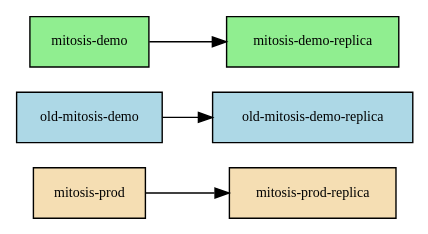
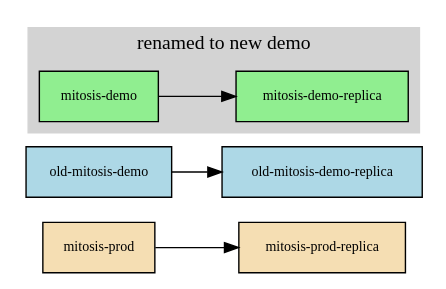
The sixth of 7 diagrams in doc/examples.org (dgtized/stack-mitosis), drawn with Graphviz before and after one commit. The commit also changed other lines of this file and 4 other files, not shown here.

```diff
--- a/doc/examples.org
+++ b/doc/examples.org
@@ -86,14 +101,19 @@
    #+begin_src dot :file img/rename-2.png
    digraph copying {
        rankdir=LR; node [shape=box,fontsize=10]
        "mitosis-prod" [style=filled,fillcolor=wheat]
        "mitosis-prod-replica" [style=filled,fillcolor=wheat]
        "old-mitosis-demo" [style=filled,fillcolor=lightblue]
        "old-mitosis-demo-replica" [style=filled,fillcolor=lightblue]
-       "mitosis-demo" [style=filled,fillcolor=lightgreen]
-       "mitosis-demo-replica" [style=filled,fillcolor=lightgreen]
+       subgraph cluster {
+         style=filled
+         color=lightgrey
+         label="renamed to new demo"
+         "mitosis-demo" [style=filled,fillcolor=lightgreen]
+         "mitosis-demo-replica" [style=filled,fillcolor=lightgreen]
+       }
        "mitosis-prod" -> "mitosis-prod-replica"
        "mitosis-demo" -> "mitosis-demo-replica"
        "old-mitosis-demo" -> "old-mitosis-demo-replica"
    }
    #+end_src
```
